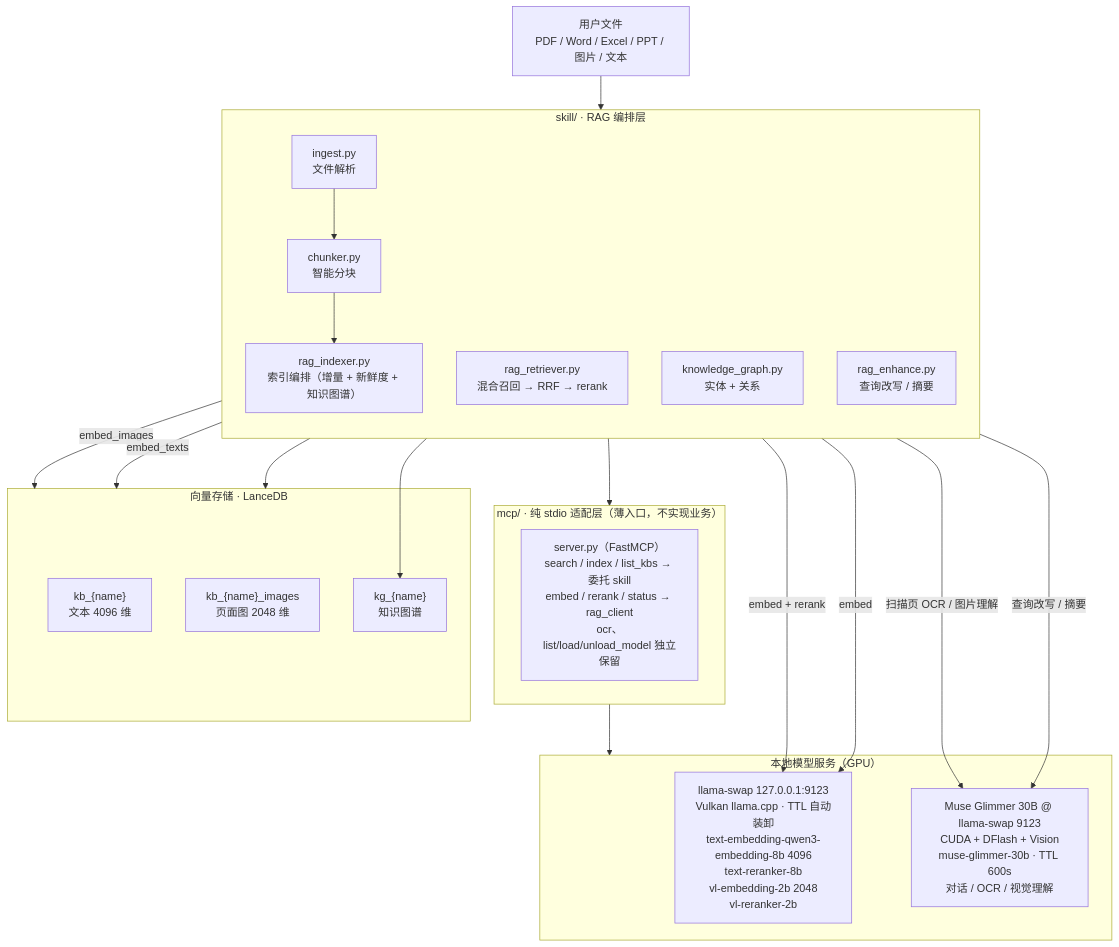
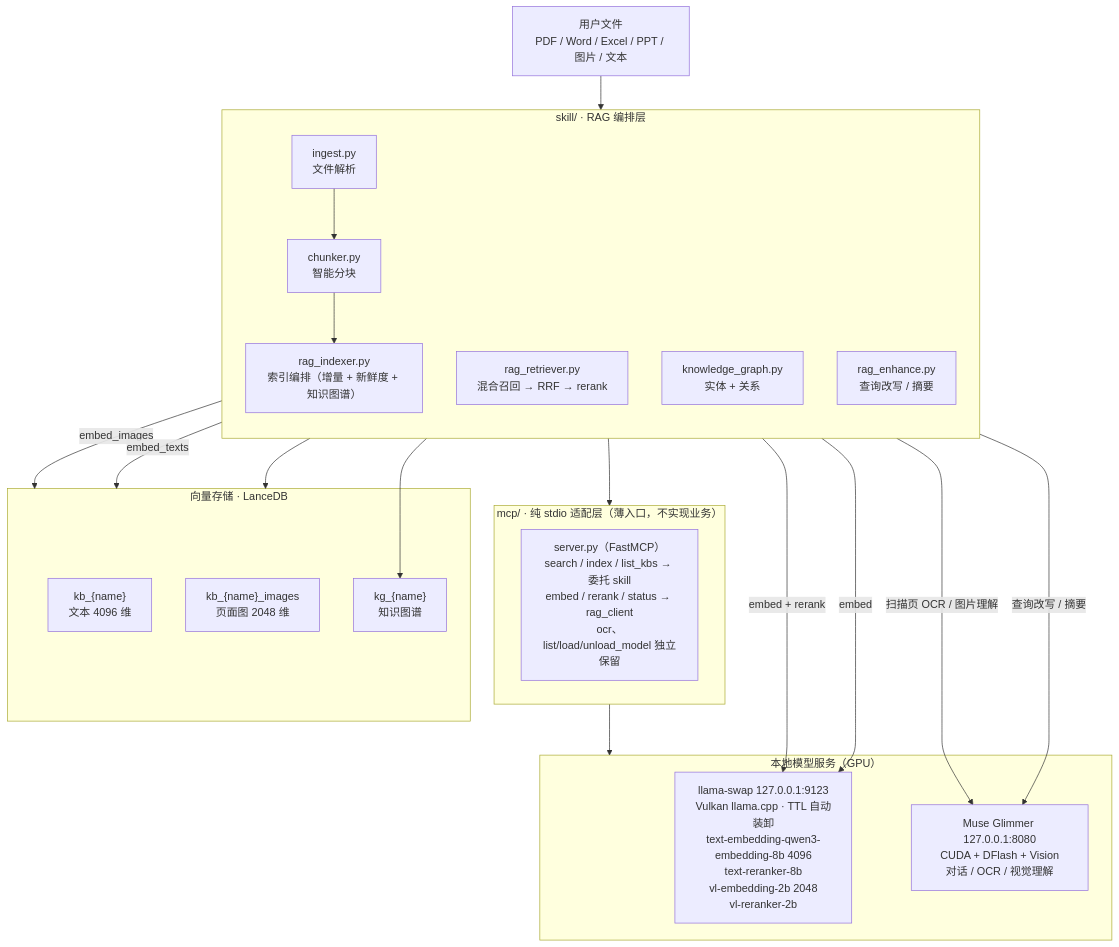
One commit to KODxixi/local-model changed the diagram in README.md. Above: the diagram before and after it, drawn with Mermaid. The commit also changed other lines of this file and 9 other files, not shown here.

````diff
--- a/README.md
+++ b/README.md
@@ -11,42 +11,42 @@
 ```mermaid
 flowchart TB
     IN["用户文件<br/>PDF / Word / Excel / PPT / 图片 / 文本"]
 
     subgraph SKILL["skill/ · RAG 编排层"]
         direction TB
         ING["ingest.py<br/>文件解析"]
         CHK["chunker.py<br/>智能分块"]
         IDX["rag_indexer.py<br/>索引编排（增量 + 新鲜度 + 知识图谱）"]
         RET["rag_retriever.py<br/>混合召回 → RRF → rerank"]
         KG["knowledge_graph.py<br/>实体 + 关系"]
         ENH["rag_enhance.py<br/>查询改写 / 摘要"]
         ING --> CHK --> IDX
     end
 
     subgraph MCP["mcp/ · 纯 stdio 适配层（薄入口，不实现业务）"]
         SRV["server.py（FastMCP）<br/>search / index / list_kbs → 委托 skill<br/>embed / rerank / status → rag_client<br/>ocr、list/load/unload_model 独立保留"]
     end
 
     subgraph STORE["向量存储 · LanceDB"]
         T1["kb_{name}<br/>文本 4096 维"]
         T2["kb_{name}_images<br/>页面图 2048 维"]
         T3["kg_{name}<br/>知识图谱"]
     end
 
     subgraph MODELS["本地模型服务（GPU）"]
         LS["llama-swap 127.0.0.1:9123<br/>Vulkan llama.cpp · TTL 自动装卸<br/>text-embedding-qwen3-embedding-8b 4096<br/>text-reranker-8b<br/>vl-embedding-2b 2048<br/>vl-reranker-2b"]
-        MG["Muse Glimmer 30B @ llama-swap 9123<br/>CUDA + DFlash + Vision<br/>muse-glimmer-30b · TTL 600s<br/>对话 / OCR / 视觉理解"]
+        MG["Muse Glimmer 127.0.0.1:8080<br/>CUDA + DFlash + Vision<br/>对话 / OCR / 视觉理解"]
     end
 
     IN --> SKILL
     IDX -->|embed_images| STORE
     IDX -->|embed_texts| STORE
     RET --> STORE
     KG --> T3
     RET -->|embed + rerank| LS
     IDX -->|embed| LS
     ING -->|扫描页 OCR / 图片理解| MG
     ENH -->|查询改写 / 摘要| MG
     SKILL --> MCP
     MCP --> MODELS
 ```
````
